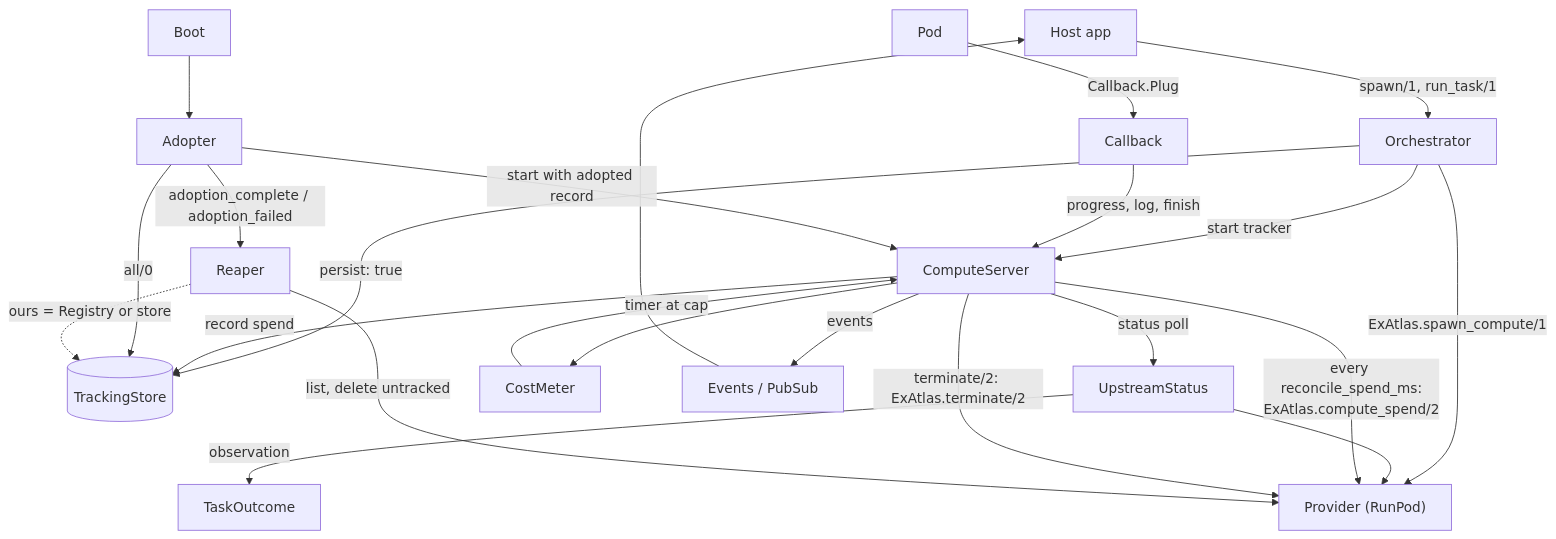
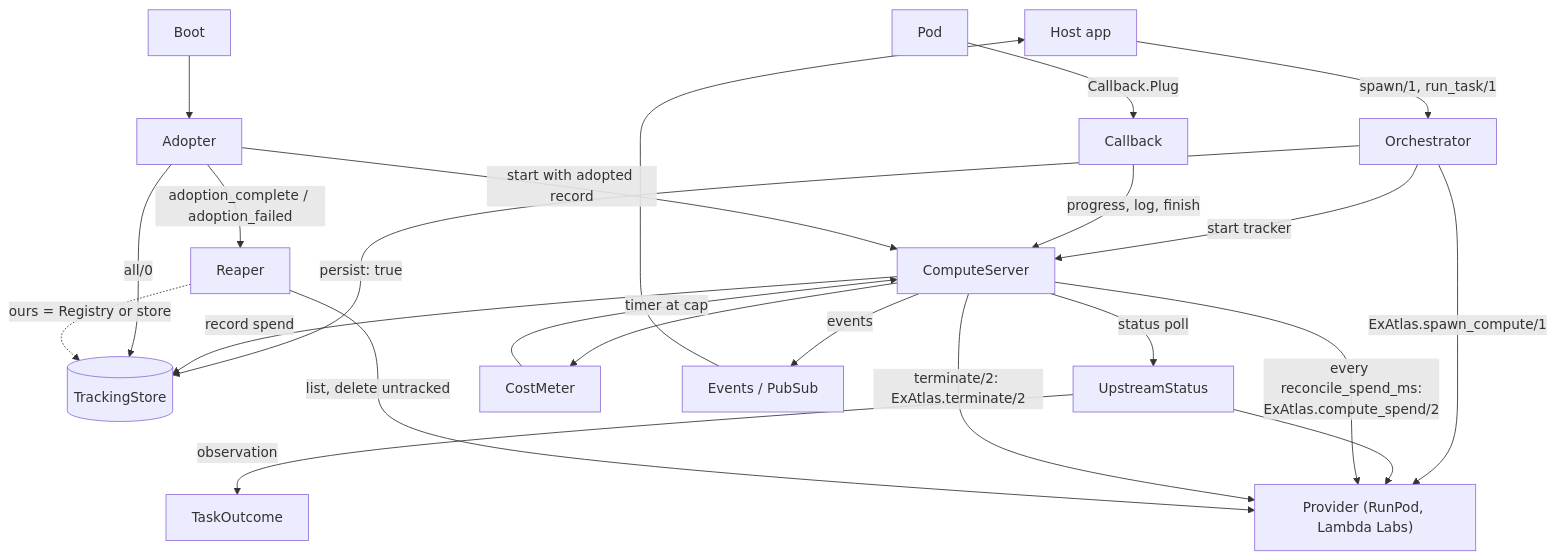
The first of 3 diagrams in docs/architecture.md (udin-io/ex_atlas), drawn with Mermaid before and after one commit. The commit also changed other lines of this file and 31 other files, not shown here.

First line of the commit message:
Lambda Labs provider slice 1: spawn, read, list and terminate container instances (#89)

````diff
--- a/docs/architecture.md
+++ b/docs/architecture.md
@@ -57,25 +59,25 @@
 ```mermaid
 flowchart TD
   host["Host app"] -->|"spawn/1, run_task/1"| orc["Orchestrator"]
-  orc -->|"ExAtlas.spawn_compute/1"| prov["Provider (RunPod)"]
+  orc -->|"ExAtlas.spawn_compute/1"| prov["Provider (RunPod, Lambda Labs)"]
   orc -->|"persist: true"| store[("TrackingStore")]
   orc -->|"start tracker"| cs["ComputeServer"]
   cs -->|"status poll"| us["UpstreamStatus"]
   us --> prov
   us -->|"observation"| to["TaskOutcome"]
   cs --> cm["CostMeter"]
   cm -->|"timer at cap"| cs
   cs -->|"every reconcile_spend_ms:<br/>ExAtlas.compute_spend/2"| prov
   cs -->|"record spend"| store
   cs -->|"events"| ev["Events / PubSub"]
   ev --> host
   cs -->|"terminate/2: ExAtlas.terminate/2"| prov
   pod["Pod"] -->|"Callback.Plug"| cb["Callback"]
   cb -->|"progress, log, finish"| cs
   boot["Boot"] --> ad["Adopter"]
   ad -->|"all/0"| store
   ad -->|"start with adopted record"| cs
   ad -->|"adoption_complete / adoption_failed"| rp["Reaper"]
   rp -->|"list, delete untracked"| prov
   rp -.->|"ours = Registry or store"| store
 ```
````
